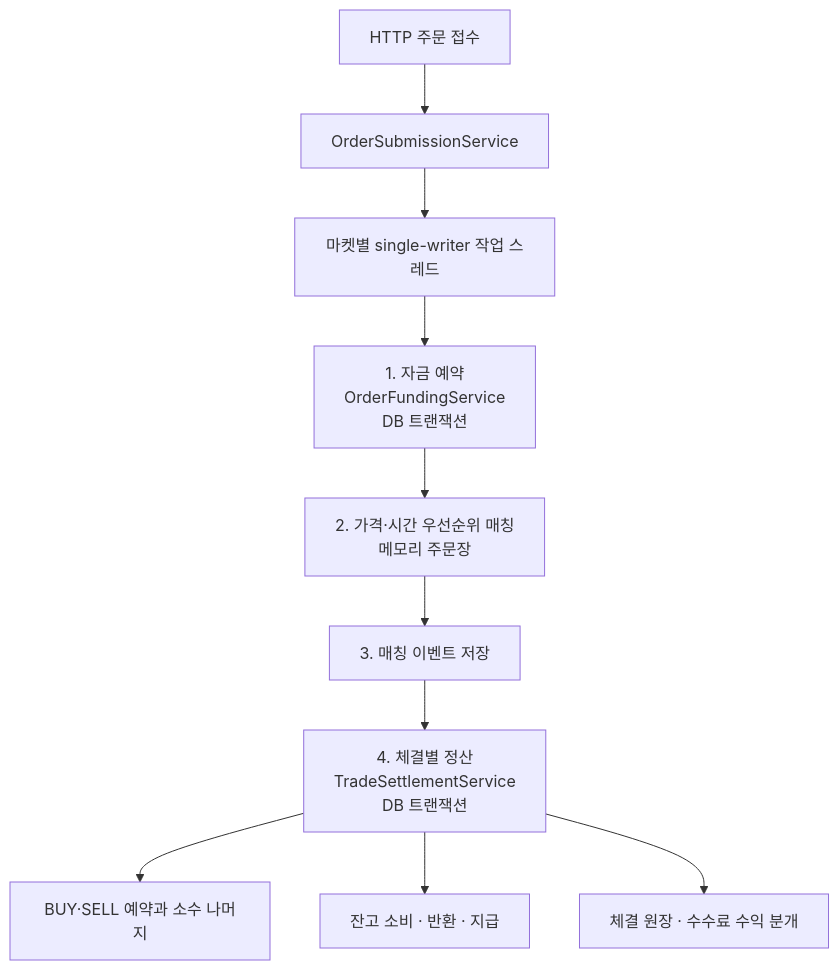
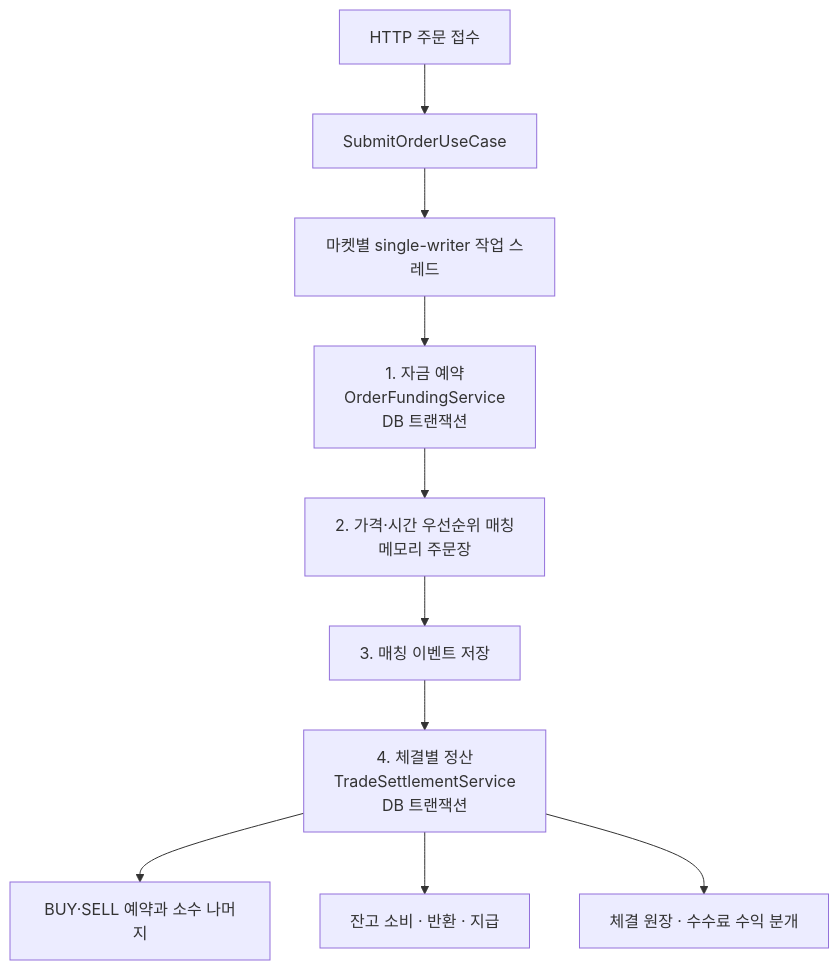
One commit to 0Chord/coin-exchange changed the diagram in README.md. Above: the diagram before and after it, drawn with Mermaid. The commit also changed other lines of this file and 37 other files, not shown here.

````diff
--- a/README.md
+++ b/README.md
@@ -39,12 +39,12 @@
 ```mermaid
 flowchart TD
-    API["HTTP 주문 접수"] --> Submission["OrderSubmissionService"]
+    API["HTTP 주문 접수"] --> Submission["SubmitOrderUseCase"]
     Submission --> Worker["마켓별 single-writer 작업 스레드"]
     Worker --> Funding["1. 자금 예약<br/>OrderFundingService<br/>DB 트랜잭션"]
     Funding --> Matching["2. 가격·시간 우선순위 매칭<br/>메모리 주문장"]
     Matching --> Events["3. 매칭 이벤트 저장"]
     Events --> Settlement["4. 체결별 정산<br/>TradeSettlementService<br/>DB 트랜잭션"]
     Settlement --> Reservations["BUY·SELL 예약과 소수 나머지"]
     Settlement --> Balances["잔고 소비 · 반환 · 지급"]
     Settlement --> Ledger["체결 원장 · 수수료 수익 분개"]
 ```
````
